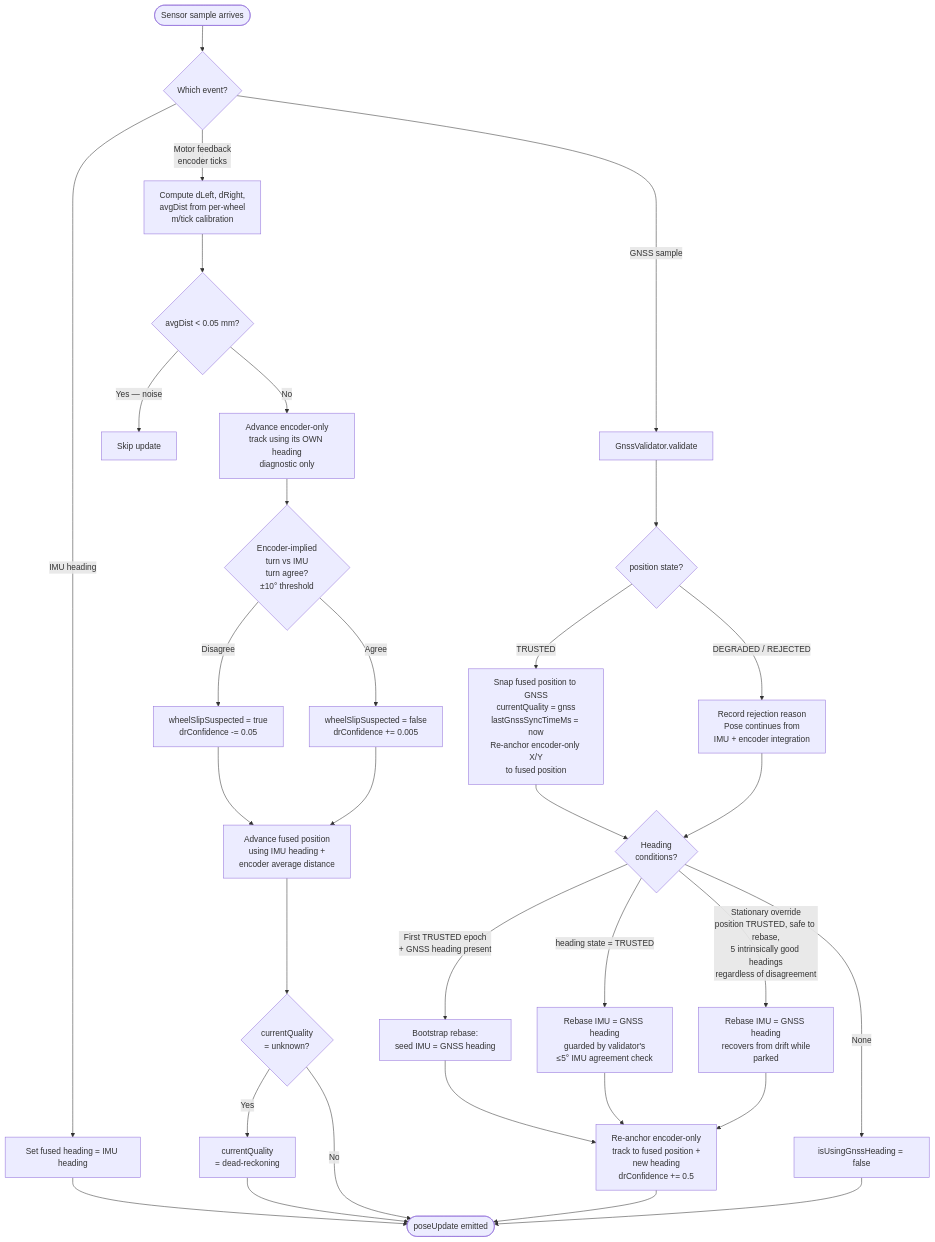
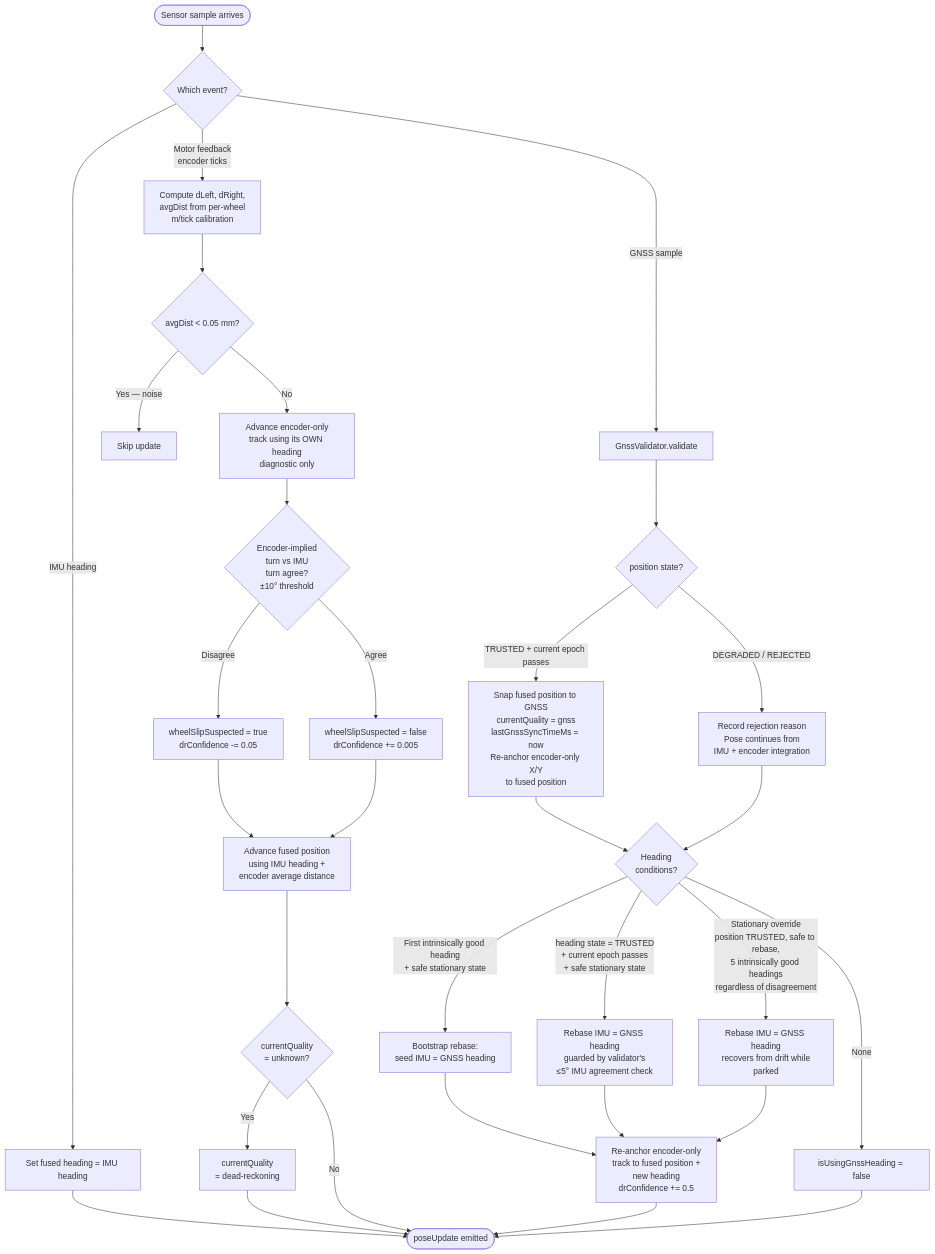
Before and after one commit to davidgoddard/mower2026: the first of 2 diagrams in docs/pose-fusion.md, drawn with Mermaid. The commit also changed other lines of this file and 30 other files, not shown here.

````diff
--- a/docs/pose-fusion.md
+++ b/docs/pose-fusion.md
@@ -45,45 +45,45 @@
 ```mermaid
 flowchart TD
     Start([Sensor sample arrives]) --> Which{Which event?}
 
     Which -->|IMU heading| IMU[Set fused heading = IMU heading]
     IMU --> Emit[Emit poseUpdate]
 
     Which -->|Motor feedback<br/>encoder ticks| Enc1[Compute dLeft, dRight,<br/>avgDist from per-wheel<br/>m/tick calibration]
     Enc1 --> Tiny{avgDist &lt; 0.05 mm?}
     Tiny -->|Yes — noise| Done[Skip update]
     Tiny -->|No| EncOnly[Advance encoder-only<br/>track using its OWN heading<br/>diagnostic only]
     EncOnly --> Slip{Encoder-implied<br/>turn vs IMU<br/>turn agree?<br/>±10° threshold}
     Slip -->|Disagree| SlipBad[wheelSlipSuspected = true<br/>drConfidence -= 0.05]
     Slip -->|Agree| SlipOk[wheelSlipSuspected = false<br/>drConfidence += 0.005]
     SlipBad --> AdvanceFused
     SlipOk --> AdvanceFused
     AdvanceFused[Advance fused position<br/>using IMU heading +<br/>encoder average distance]
     AdvanceFused --> EncQual{currentQuality<br/>= unknown?}
     EncQual -->|Yes| Demote[currentQuality<br/>= dead-reckoning]
     EncQual -->|No| Emit
     Demote --> Emit
 
     Which -->|GNSS sample| Validate[GnssValidator.validate]
     Validate --> ValidatorState{position state?}
 
-    ValidatorState -->|TRUSTED| SnapPos[Snap fused position to GNSS<br/>currentQuality = gnss<br/>lastGnssSyncTimeMs = now<br/>Re-anchor encoder-only X/Y<br/>to fused position]
+    ValidatorState -->|TRUSTED + current epoch passes| SnapPos[Snap fused position to GNSS<br/>currentQuality = gnss<br/>lastGnssSyncTimeMs = now<br/>Re-anchor encoder-only X/Y<br/>to fused position]
     ValidatorState -->|DEGRADED / REJECTED| RecRej[Record rejection reason<br/>Pose continues from<br/>IMU + encoder integration]
 
     SnapPos --> HeadCheck{Heading<br/>conditions?}
     RecRej --> HeadCheck
 
-    HeadCheck -->|First TRUSTED epoch<br/>+ GNSS heading present| Bootstrap[Bootstrap rebase:<br/>seed IMU = GNSS heading]
-    HeadCheck -->|heading state = TRUSTED| RebaseTrusted[Rebase IMU = GNSS heading<br/>guarded by validator's<br/>≤5° IMU agreement check]
+    HeadCheck -->|First intrinsically good heading<br/>+ safe stationary state| Bootstrap[Bootstrap rebase:<br/>seed IMU = GNSS heading]
+    HeadCheck -->|heading state = TRUSTED<br/>+ current epoch passes<br/>+ safe stationary state| RebaseTrusted[Rebase IMU = GNSS heading<br/>guarded by validator's<br/>≤5° IMU agreement check]
     HeadCheck -->|Stationary override<br/>position TRUSTED, safe to rebase,<br/>5 intrinsically good headings<br/>regardless of disagreement| RebaseStat[Rebase IMU = GNSS heading<br/>recovers from drift while<br/>parked]
     HeadCheck -->|None| NoRebase[isUsingGnssHeading = false]
 
     Bootstrap --> ReanchorEnc
     RebaseTrusted --> ReanchorEnc
     RebaseStat --> ReanchorEnc
     ReanchorEnc[Re-anchor encoder-only<br/>track to fused position +<br/>new heading<br/>drConfidence += 0.5]
     ReanchorEnc --> Emit
     NoRebase --> Emit
 
     Emit([poseUpdate emitted])
 ```
````
